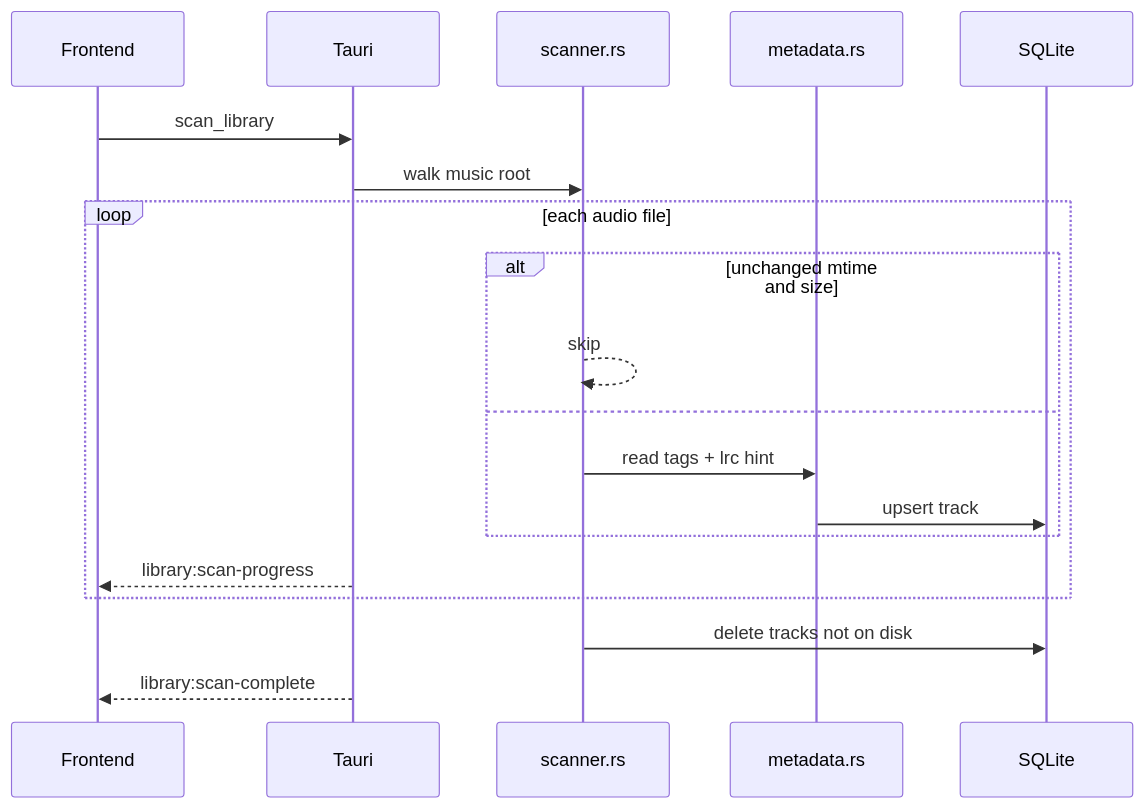
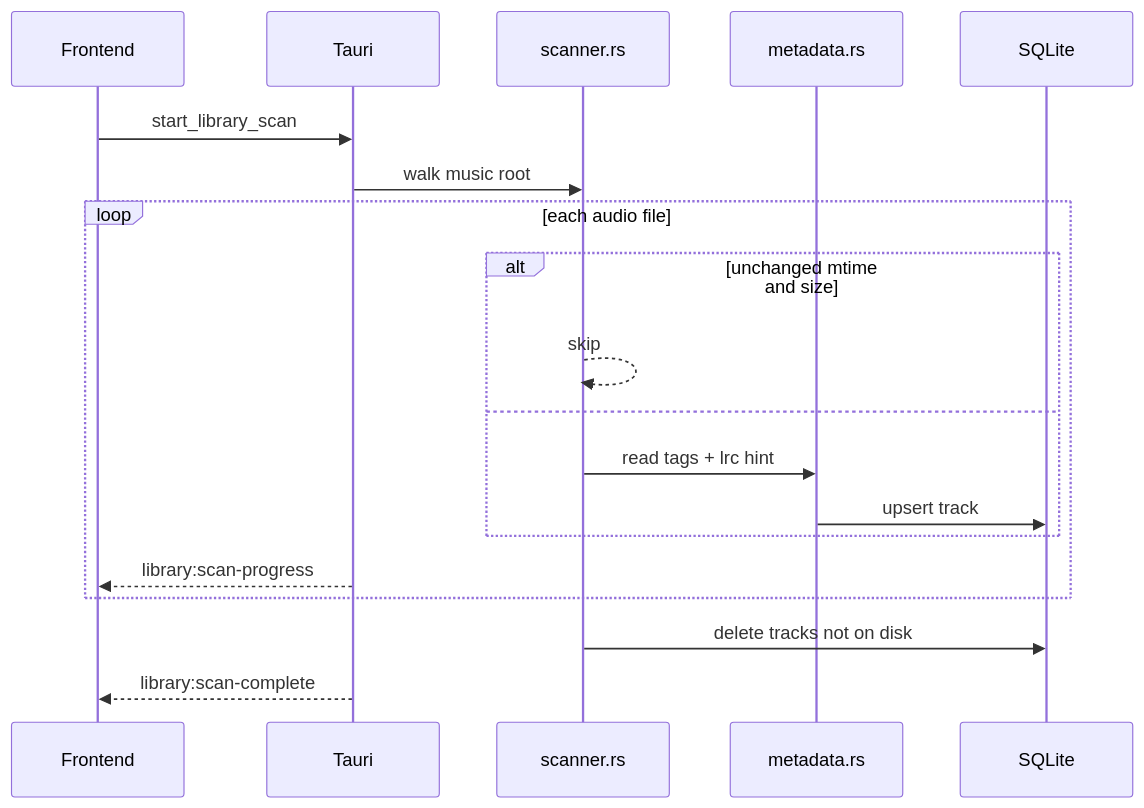
The second of 4 diagrams in docs/ARCHITECTURE.md (5kyguy/brook), drawn with Mermaid before and after one commit. The commit also changed other lines of this file and 2 other files, not shown here.

````diff
--- a/docs/ARCHITECTURE.md
+++ b/docs/ARCHITECTURE.md
@@ -154,22 +152,22 @@
 ```mermaid
 sequenceDiagram
   participant UI as Frontend
   participant Tauri as Tauri
   participant Scan as scanner.rs
   participant Meta as metadata.rs
   participant DB as SQLite
 
-  UI->>Tauri: scan_library
+  UI->>Tauri: start_library_scan
   Tauri->>Scan: walk music root
   loop each audio file
     alt unchanged mtime and size
       Scan-->>Scan: skip
     else
       Scan->>Meta: read tags + lrc hint
       Meta->>DB: upsert track
     end
     Tauri-->>UI: library:scan-progress
   end
   Scan->>DB: delete tracks not on disk
   Tauri-->>UI: library:scan-complete
 ```
````
